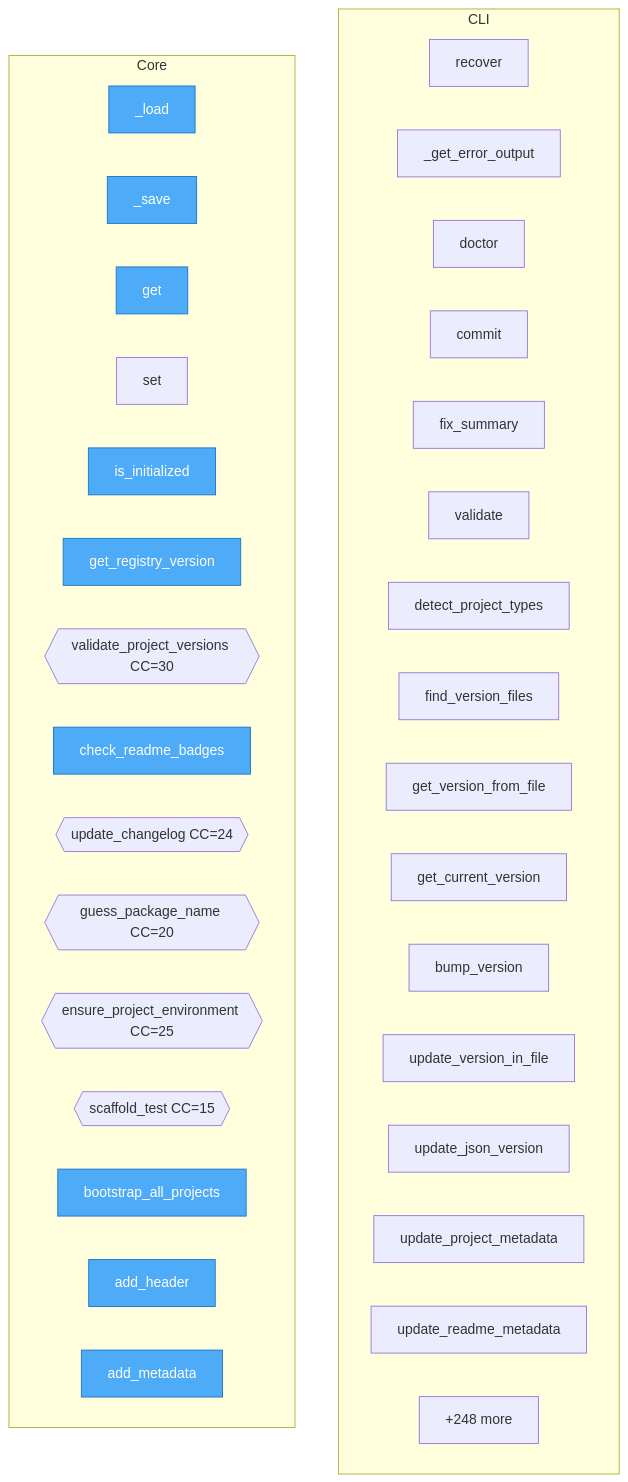
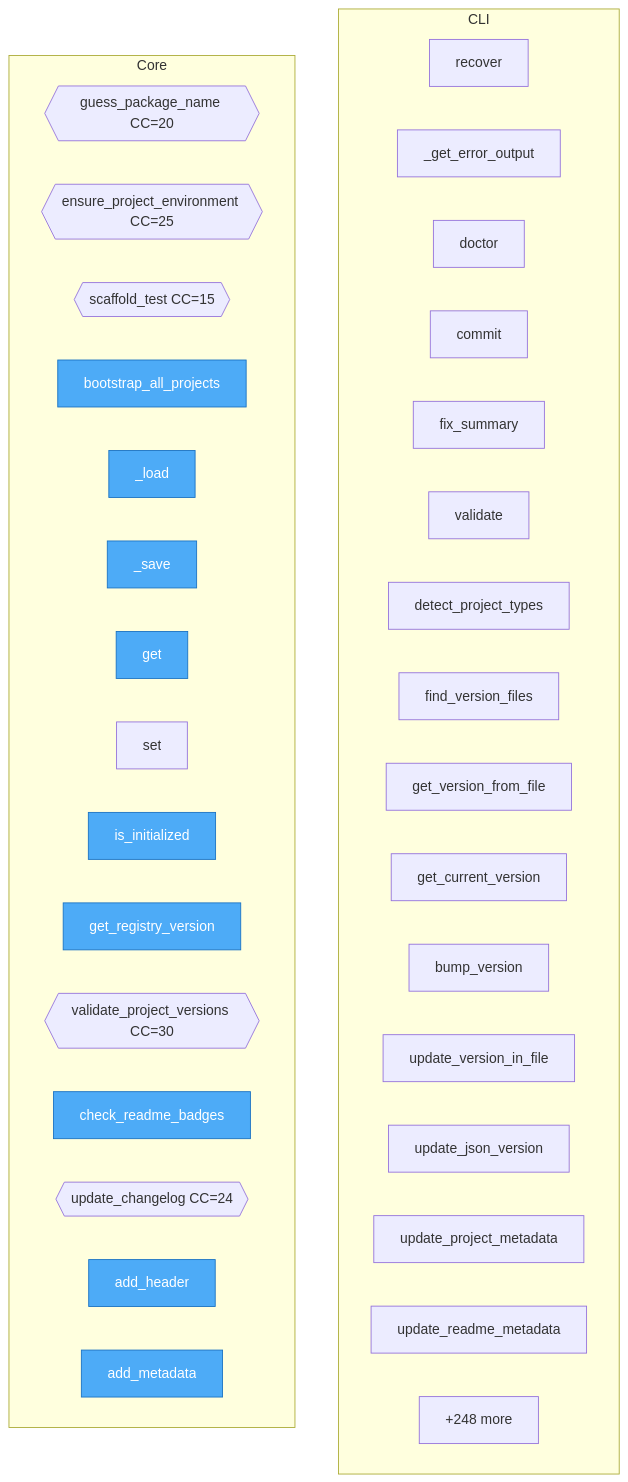
One commit to semcod/goal changed the diagram in project/flow.mmd. Above: the diagram before and after it, drawn with Mermaid. The commit also changed 21 other files, not shown here.

```diff
--- a/project/flow.mmd
+++ b/project/flow.mmd
@@ -1,44 +1,44 @@
 flowchart TD
 
     %% Entry points (blue)
     classDef entry fill:#4dabf7,stroke:#1971c2,color:#fff
 
     subgraph CLI
         goal__cli__recover_cmd__recover["recover"]
         goal__cli__recover_cmd___get_error_output["_get_error_output"]
         goal__cli__doctor_cmd__doctor["doctor"]
         goal__cli__commit_cmd__commit["commit"]
         goal__cli__commit_cmd__fix_summary["fix_summary"]
         goal__cli__commit_cmd__validate["validate"]
         goal__cli__version__detect_project_types["detect_project_types"]
         goal__cli__version__find_version_files["find_version_files"]
         goal__cli__version__get_version_from_file["get_version_from_file"]
         goal__cli__version__get_current_version["get_current_version"]
         goal__cli__version__bump_version["bump_version"]
         goal__cli__version__update_version_in_file["update_version_in_file"]
         goal__cli__version__update_json_version["update_json_version"]
         goal__cli__version__update_project_metadata["update_project_metadata"]
         goal__cli__version__update_readme_metadata["update_readme_metadata"]
         ...["+39 more"]
     end
 
     subgraph Core
+        goal__project_bootstrap__guess_package_name{{guess_package_name CC=20}}
+        goal__project_bootstrap__ensure_project_environment{{ensure_project_environment CC=25}}
+        goal__project_bootstrap__scaffold_test{{scaffold_test CC=15}}
+        goal__project_bootstrap__bootstrap_all_projects["bootstrap_all_projects"]
         goal__user_config__UserConfig___load["_load"]
         goal__user_config__UserConfig___save["_save"]
         goal__user_config__UserConfig__get["get"]
         goal__user_config__UserConfig__set["set"]
         goal__user_config__UserConfig__is_initialized["is_initialized"]
         goal__version_validation__get_registry_version["get_registry_version"]
         goal__version_validation__validate_project_versions{{validate_project_versions CC=30}}
         goal__version_validation__check_readme_badges["check_readme_badges"]
         goal__changelog__update_changelog{{update_changelog CC=24}}
-        goal__project_bootstrap__guess_package_name{{guess_package_name CC=20}}
-        goal__project_bootstrap__ensure_project_environment{{ensure_project_environment CC=25}}
-        goal__project_bootstrap__scaffold_test{{scaffold_test CC=15}}
-        goal__project_bootstrap__bootstrap_all_projects["bootstrap_all_projects"]
         goal__formatter__MarkdownFormatter__add_header["add_header"]
         goal__formatter__MarkdownFormatter__add_metadata["add_metadata"]
         ...["+248 more"]
     end
 
-    class goal__user_config__UserConfig___load,goal__user_config__UserConfig___save,goal__user_config__UserConfig__get,goal__user_config__UserConfig__is_initialized,goal__version_validation__get_registry_version,goal__version_validation__check_readme_badges,goal__project_bootstrap__bootstrap_all_projects,goal__formatter__MarkdownFormatter__add_header,goal__formatter__MarkdownFormatter__add_metadata,goal__formatter__MarkdownFormatter__add_section entry
+    class goal__project_bootstrap__bootstrap_all_projects,goal__user_config__UserConfig___load,goal__user_config__UserConfig___save,goal__user_config__UserConfig__get,goal__user_config__UserConfig__is_initialized,goal__version_validation__get_registry_version,goal__version_validation__check_readme_badges,goal__formatter__MarkdownFormatter__add_header,goal__formatter__MarkdownFormatter__add_metadata,goal__formatter__MarkdownFormatter__add_section entry
```
